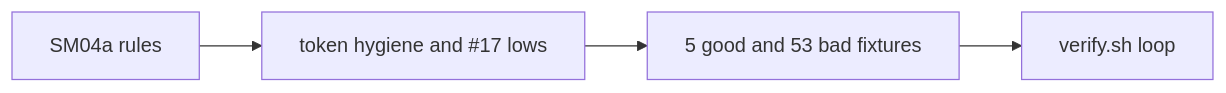
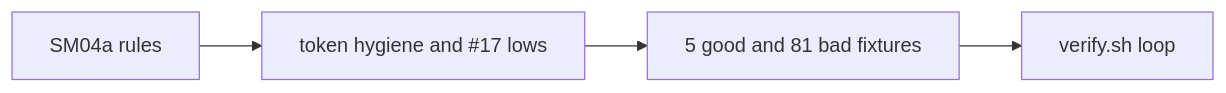
One commit to svennijhuis/agentic-workflows changed the second of 2 diagrams in docs/pbi/done/SM04b-token-hygiene.md. Above: the diagram before and after it, drawn with Mermaid. The commit also changed other lines of this file and 32 other files, not shown here.

Commit message:
SM04b round 2: fix Cursor 5723767631 items 1 to 10 and PR #22 lows, 28 new bad fixtures

````diff
--- a/docs/pbi/done/SM04b-token-hygiene.md
+++ b/docs/pbi/done/SM04b-token-hygiene.md
@@ -68,6 +82,6 @@
 ```mermaid
 flowchart LR
   S1[SM04a rules] --> S2[token hygiene and #17 lows]
-  S2 --> S3[5 good and 53 bad fixtures]
+  S2 --> S3[5 good and 81 bad fixtures]
   S3 --> S4[verify.sh loop]
 ```
````
